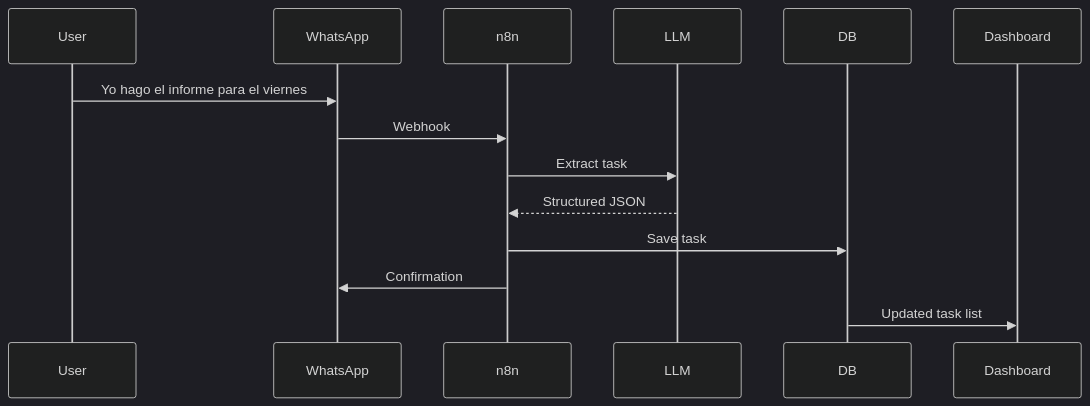
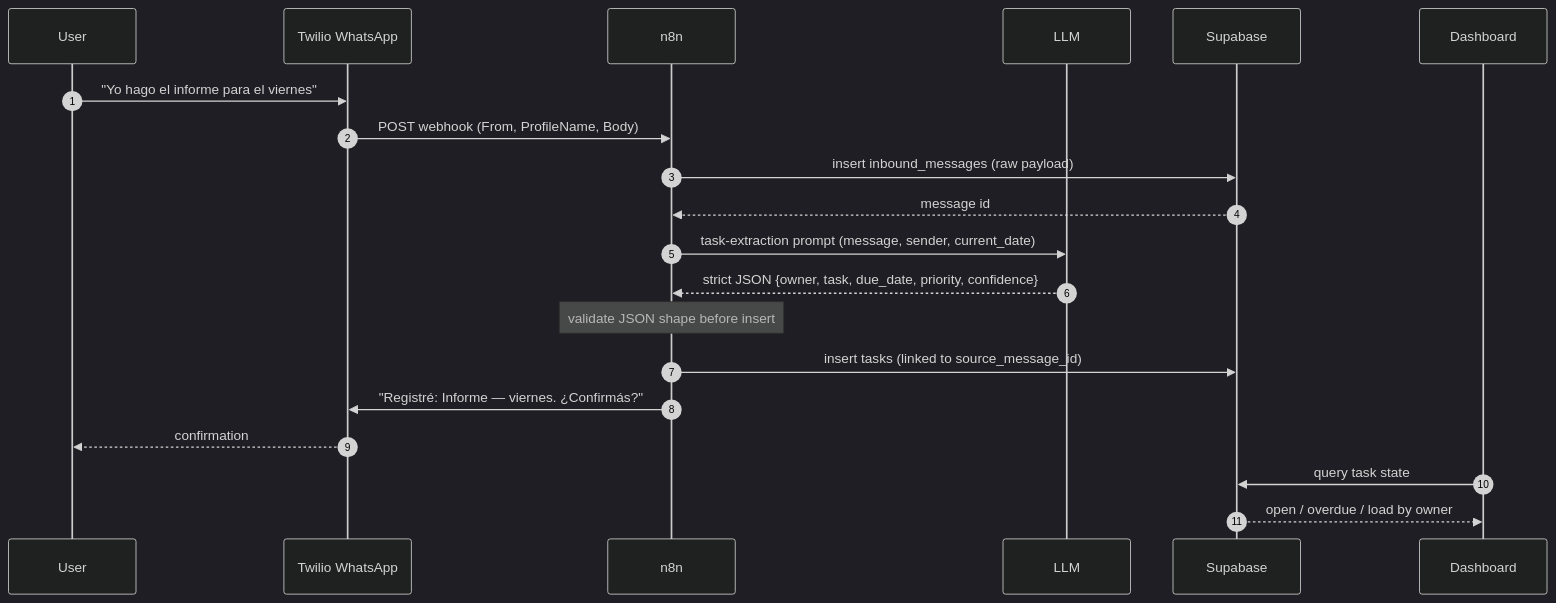
Before and after one commit to Santiagocetran/halketon-auto-mode-on: the second of 4 diagrams in docs/diagrams/flows.md, drawn with Mermaid (dark theme). The commit also changed other lines of this file and 4 other files, not shown here.

First line of the commit message:
docs: add complete architecture documentation with diagrams

````diff
--- a/docs/diagrams/flows.md
+++ b/docs/diagrams/flows.md
@@ -5,16 +33,23 @@
 ```mermaid
 sequenceDiagram
+  autonumber
   participant User
-  participant WhatsApp
+  participant WhatsApp as Twilio WhatsApp
   participant n8n
   participant LLM
-  participant DB
+  participant DB as Supabase
   participant Dashboard
-  User->>WhatsApp: Yo hago el informe para el viernes
-  WhatsApp->>n8n: Webhook
-  n8n->>LLM: Extract task
-  LLM-->>n8n: Structured JSON
-  n8n->>DB: Save task
-  n8n->>WhatsApp: Confirmation
-  DB->>Dashboard: Updated task list
+
+  User->>WhatsApp: "Yo hago el informe para el viernes"
+  WhatsApp->>n8n: POST webhook (From, ProfileName, Body)
+  n8n->>DB: insert inbound_messages (raw payload)
+  DB-->>n8n: message id
+  n8n->>LLM: task-extraction prompt (message, sender, current_date)
+  LLM-->>n8n: strict JSON {owner, task, due_date, priority, confidence}
+  Note over n8n: validate JSON shape before insert
+  n8n->>DB: insert tasks (linked to source_message_id)
+  n8n->>WhatsApp: "Registré: Informe — viernes. ¿Confirmás?"
+  WhatsApp-->>User: confirmation
+  Dashboard->>DB: query task state
+  DB-->>Dashboard: open / overdue / load by owner
 ```
````
